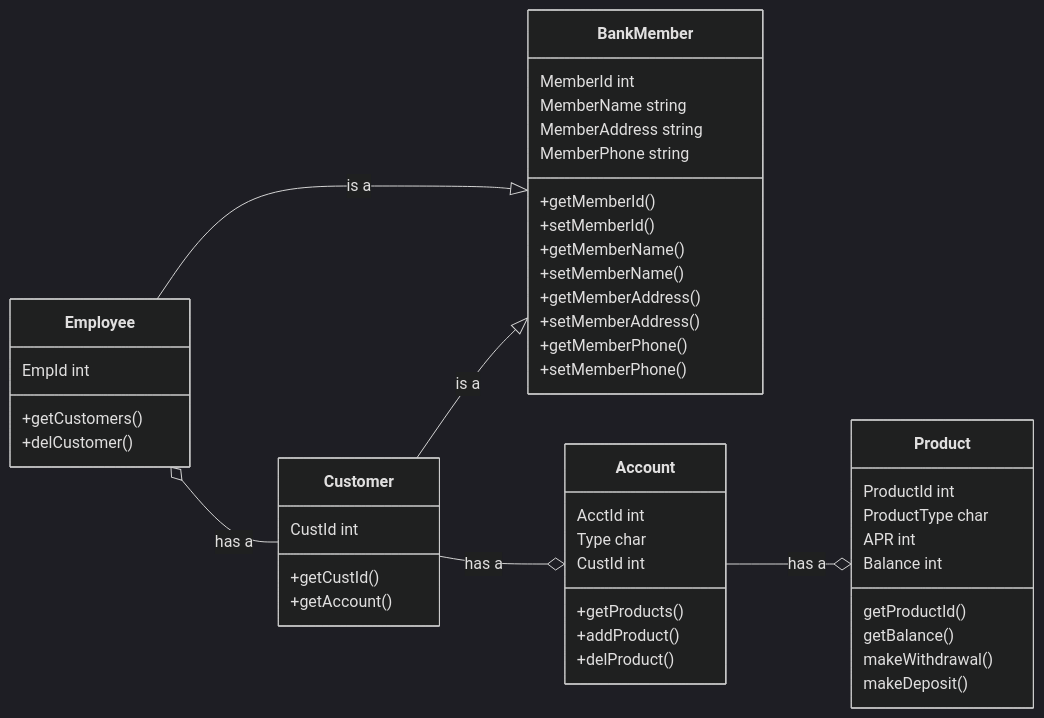
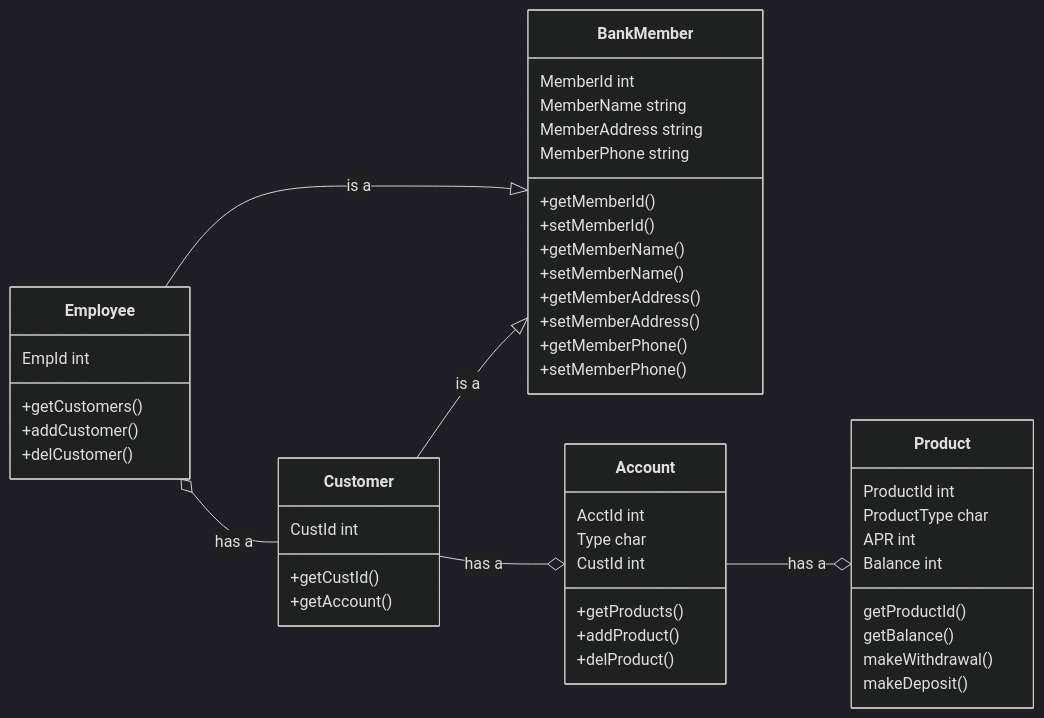
The diagram in mermaid.md (Marcus-Snell/Test), drawn with Mermaid (dark theme) before and after one commit.

````diff
--- a/mermaid.md
+++ b/mermaid.md
@@ -1,51 +1,52 @@
 ```mermaid
 classDiagram
 direction LR
 BankMember
 BankMember : MemberId int
 BankMember : MemberName string
 BankMember : MemberAddress string
 BankMember : MemberPhone string
 BankMember : +getMemberId()
 BankMember : +setMemberId()
 BankMember : +getMemberName()
 BankMember : +setMemberName()
 BankMember : +getMemberAddress()
 BankMember : +setMemberAddress()
 BankMember : +getMemberPhone()
 BankMember : +setMemberPhone()
 
 
 Employee --|> BankMember : is a
 Employee o-- Customer : has a
 Employee : EmpId int
 Employee : +getCustomers()
+Employee : +addCustomer()
 Employee : +delCustomer()
 
 Customer --|> BankMember : is a
 Customer --o Account : has a
 Customer : CustId int
 Customer : +getCustId()
 Customer : +getAccount()
 
 Account --o Product : has a
 Account : AcctId int
 Account : Type char
 Account : CustId int
 Account : +getProducts()
 Account : +addProduct()
 Account : +delProduct()
 
 
 
 
 Product : ProductId int
 Product : ProductType char
 Product : APR int
 Product : Balance int
 Product : getProductId()
 Product : getBalance()
 Product : makeWithdrawal()
 Product : makeDeposit()
 
 ```
````
